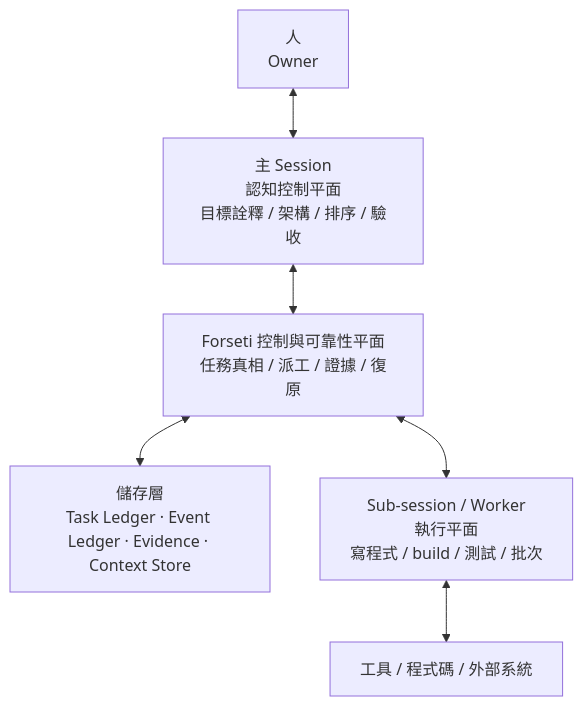
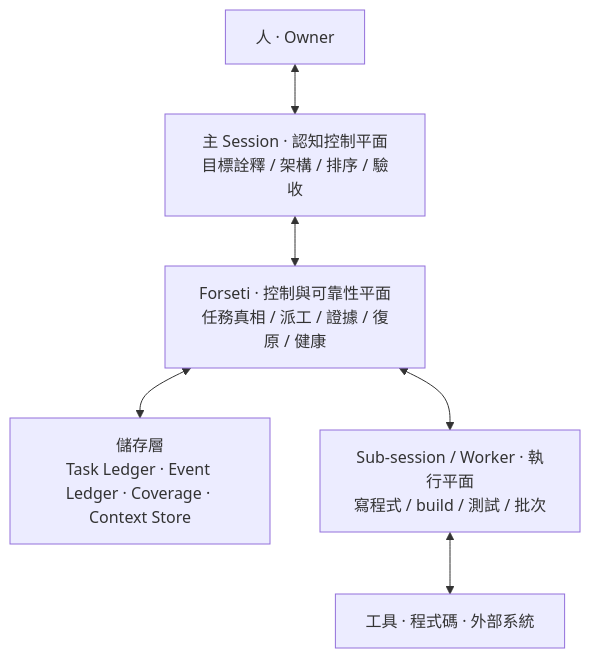
One commit to norika1207-lab/Forseti-Agent-Runtime changed the third of 7 diagrams in docs/SYSTEM_ARCHITECTURE_2026-09-11.md. Above: the diagram before and after it, drawn with Mermaid. The commit also changed other lines of this file and 2 other files, not shown here.

````diff
--- a/docs/SYSTEM_ARCHITECTURE_2026-09-11.md
+++ b/docs/SYSTEM_ARCHITECTURE_2026-09-11.md
@@ -65,15 +230,14 @@
 ```mermaid
 graph TB
-    H["人<br/>Owner"]
-    M["主 Session<br/>認知控制平面<br/>目標詮釋 / 架構 / 排序 / 驗收"]
-    F["Forseti 控制與可靠性平面<br/>任務真相 / 派工 / 證據 / 復原"]
-    S["儲存層<br/>Task Ledger · Event Ledger · Evidence · Context Store"]
-    W["Sub-session / Worker<br/>執行平面<br/>寫程式 / build / 測試 / 批次"]
-    T["工具 / 程式碼 / 外部系統"]
-
+    H["人 · Owner"]
+    M["主 Session · 認知控制平面<br/>目標詮釋 / 架構 / 排序 / 驗收"]
+    F["Forseti · 控制與可靠性平面<br/>任務真相 / 派工 / 證據 / 復原 / 健康"]
+    S["儲存層<br/>Task Ledger · Event Ledger · Coverage · Context Store"]
+    W["Sub-session / Worker · 執行平面<br/>寫程式 / build / 測試 / 批次"]
+    T["工具 · 程式碼 · 外部系統"]
     H <--> M
     M <--> F
     F <--> S
     F <--> W
     W <--> T
 ```
````
